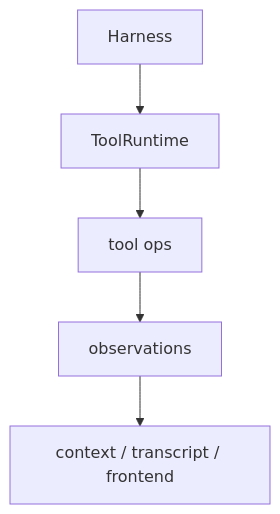
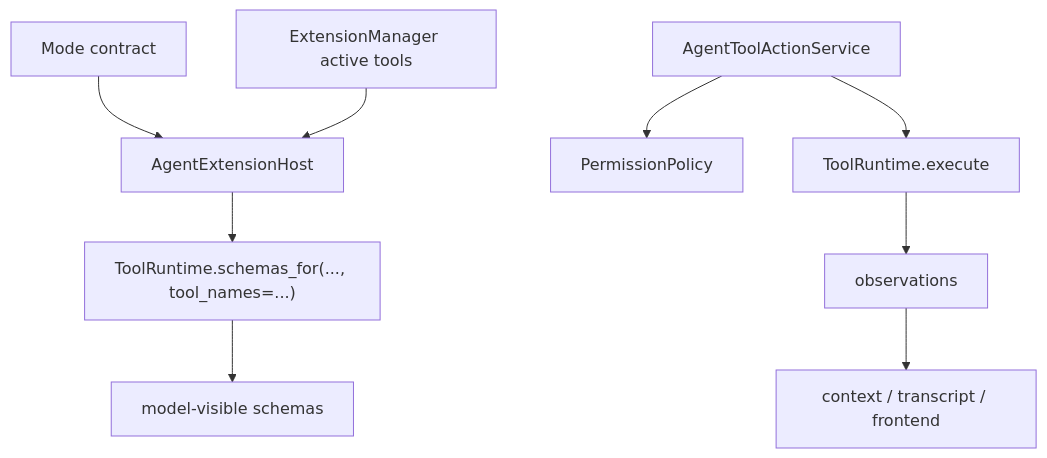
The diagram in docs/modules/tools-and-tooling.md (czh869452912/ccode-win7), drawn with Mermaid before and after one commit. The commit also changed other lines of this file and 6 other files, not shown here.

````diff
--- a/docs/modules/tools-and-tooling.md
+++ b/docs/modules/tools-and-tooling.md
@@ -52,7 +58,11 @@
 ```mermaid
 flowchart TD
-    A["Harness"] --> B["ToolRuntime"]
-    B --> C["tool ops"]
-    C --> D["observations"]
-    D --> E["context / transcript / frontend"]
+    A["Mode contract"] --> B["AgentExtensionHost"]
+    C["ExtensionManager active tools"] --> B
+    B --> D["ToolRuntime.schemas_for(..., tool_names=...)"]
+    D --> E["model-visible schemas"]
+    F["AgentToolActionService"] --> G["PermissionPolicy"]
+    F --> H["ToolRuntime.execute"]
+    H --> I["observations"]
+    I --> J["context / transcript / frontend"]
 ```
````
